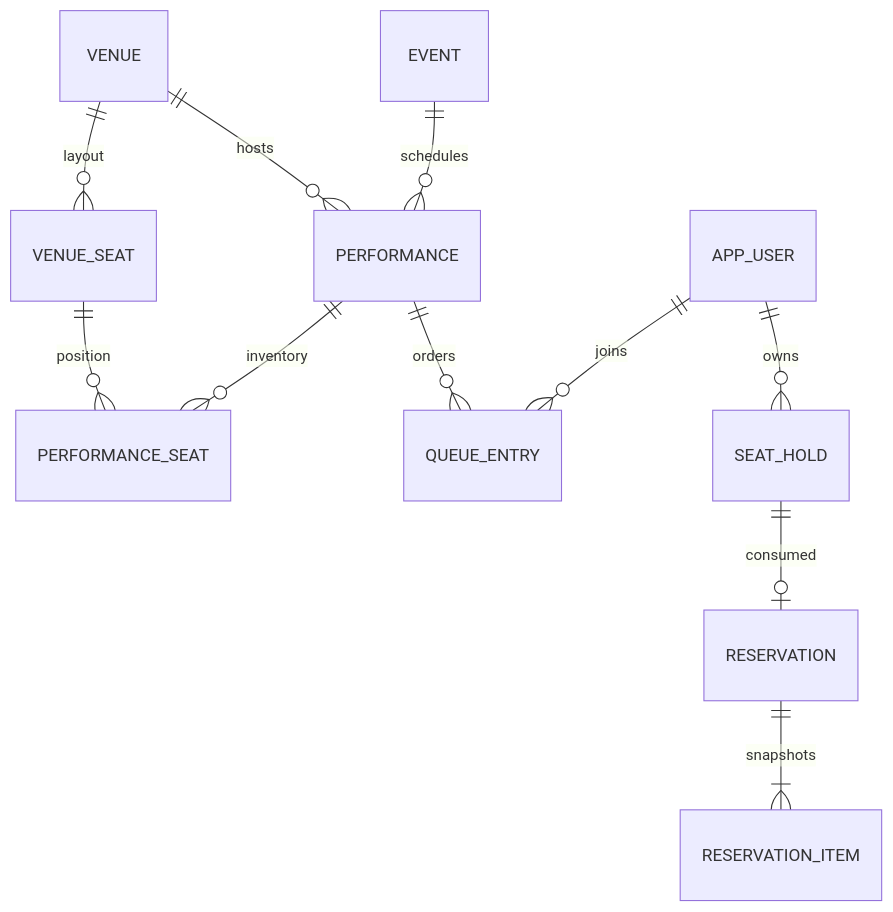
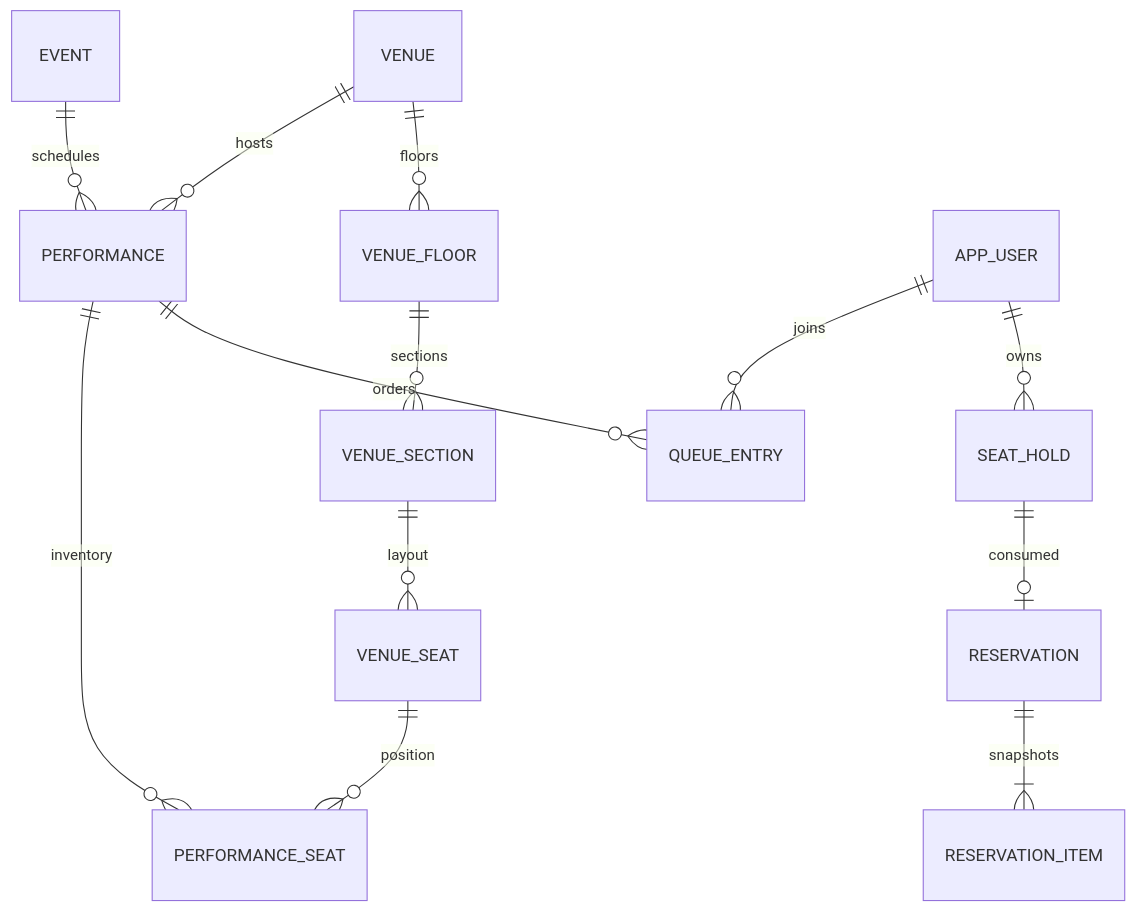
The diagram in docs/architecture.md (JeongHun4035/ticket-buy-BE), drawn with Mermaid before and after one commit. The commit also changed other lines of this file and 51 other files, not shown here.

````diff
--- a/docs/architecture.md
+++ b/docs/architecture.md
@@ -9,13 +9,15 @@
 ```mermaid
 erDiagram
   EVENT ||--o{ PERFORMANCE : schedules
   VENUE ||--o{ PERFORMANCE : hosts
-  VENUE ||--o{ VENUE_SEAT : layout
+  VENUE ||--o{ VENUE_FLOOR : floors
+  VENUE_FLOOR ||--o{ VENUE_SECTION : sections
+  VENUE_SECTION ||--o{ VENUE_SEAT : layout
   PERFORMANCE ||--o{ PERFORMANCE_SEAT : inventory
   VENUE_SEAT ||--o{ PERFORMANCE_SEAT : position
   APP_USER ||--o{ QUEUE_ENTRY : joins
   PERFORMANCE ||--o{ QUEUE_ENTRY : orders
   APP_USER ||--o{ SEAT_HOLD : owns
   SEAT_HOLD ||--o| RESERVATION : consumed
   RESERVATION ||--|{ RESERVATION_ITEM : snapshots
 ```
````
